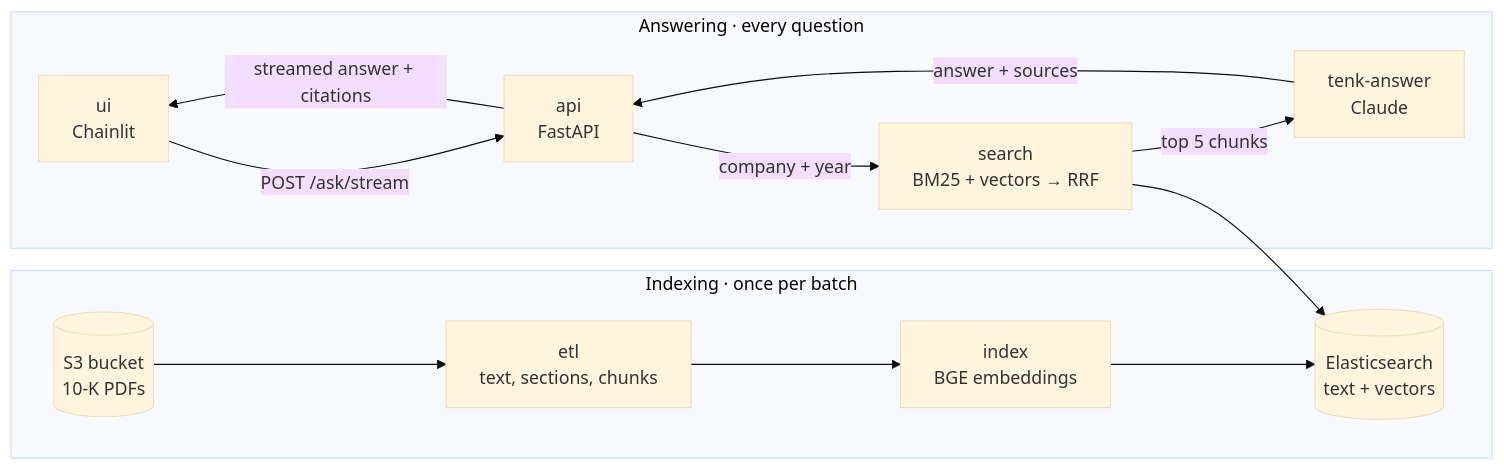
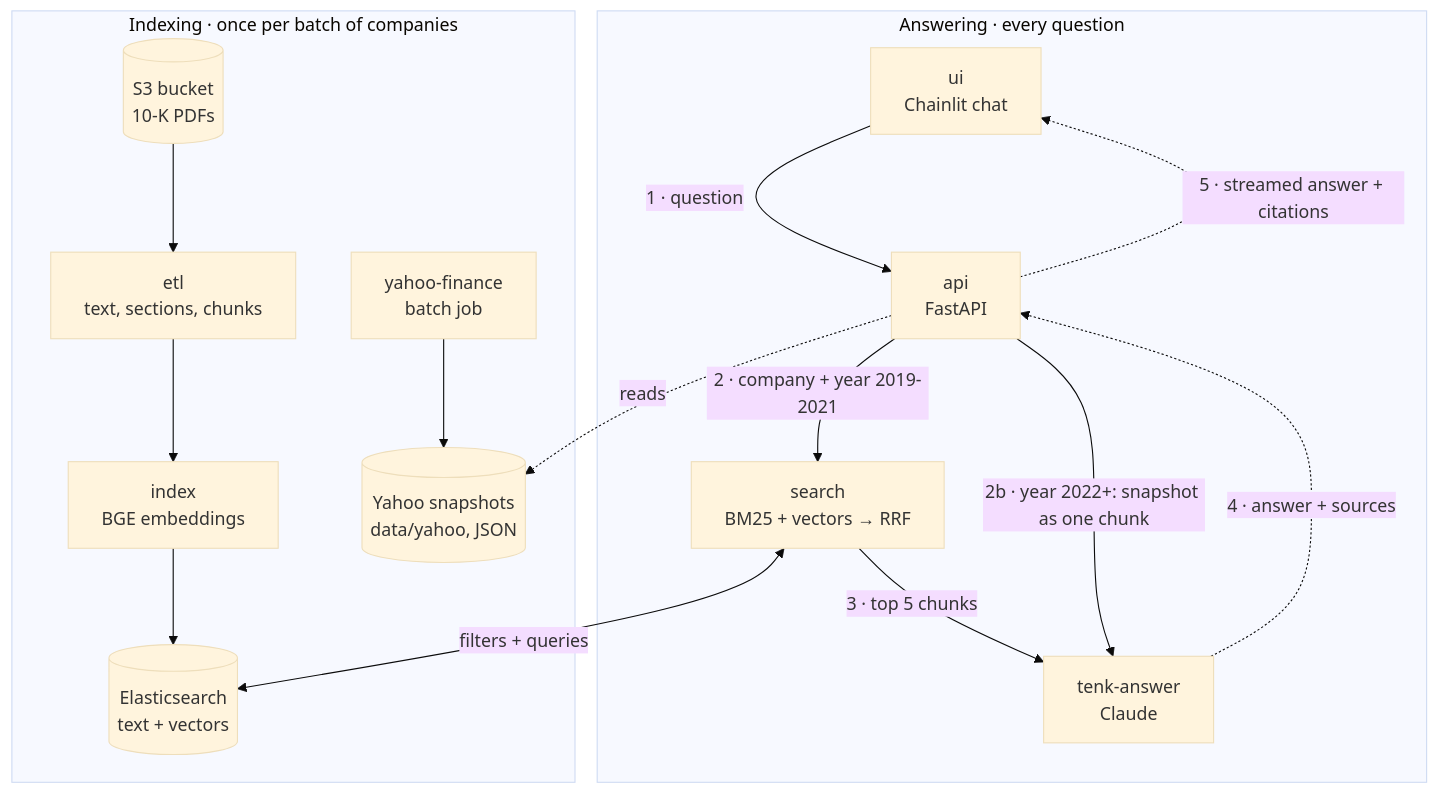
One commit to eyesidmorenov/filinglens changed the diagram in ARCHITECTURE.md. Above: the diagram before and after it, drawn with Mermaid (base theme). The commit also changed other lines of this file, not shown here.

Commit message:
docs: ARCHITECTURE.md with Yahoo Finance in the chat (review by Kelyn) and a vertical diagram

````diff
--- a/ARCHITECTURE.md
+++ b/ARCHITECTURE.md
@@ -30,16 +32,19 @@
 ```mermaid
-flowchart LR
-    subgraph Indexing["Indexing · once per batch"]
-        S3[(S3 bucket<br/>10-K PDFs)] --> ETL[etl<br/>text, sections, chunks]
-        ETL --> IDX[index<br/>BGE embeddings]
-        IDX --> ES[(Elasticsearch<br/>text + vectors)]
+flowchart TB
+    subgraph Answering["Answering · every question"]
+        UI["ui<br/>Chainlit chat"] -->|"1 · question"| API["api<br/>FastAPI"]
+        API -->|"2 · company + year 2019-2021"| SEARCH["search<br/>BM25 + vectors → RRF"]
+        SEARCH -->|"3 · top 5 chunks"| GEN["tenk-answer<br/>Claude"]
+        API -->|"2b · year 2022+: snapshot as one chunk"| GEN
     end
-    subgraph Answering["Answering · every question"]
-        UI[ui<br/>Chainlit] -->|POST /ask/stream| API[api<br/>FastAPI]
-        API -->|company + year| SEARCH[search<br/>BM25 + vectors → RRF]
-        SEARCH --> ES
-        SEARCH -->|top 5 chunks| GEN[tenk-answer<br/>Claude]
-        GEN -->|answer + sources| API
-        API -->|streamed answer + citations| UI
+    subgraph Indexing["Indexing · once per batch of companies"]
+        S3[("S3 bucket<br/>10-K PDFs")] --> ETL["etl<br/>text, sections, chunks"]
+        ETL --> IDX["index<br/>BGE embeddings"]
+        IDX --> ES[("Elasticsearch<br/>text + vectors")]
+        YJOB["yahoo-finance<br/>batch job"] --> SNAP[("Yahoo snapshots<br/>data/yahoo, JSON")]
     end
+    SEARCH <-->|"filters + queries"| ES
+    API -.->|"reads"| SNAP
+    GEN -.->|"4 · answer + sources"| API
+    API -.->|"5 · streamed answer + citations"| UI
 ```
````
